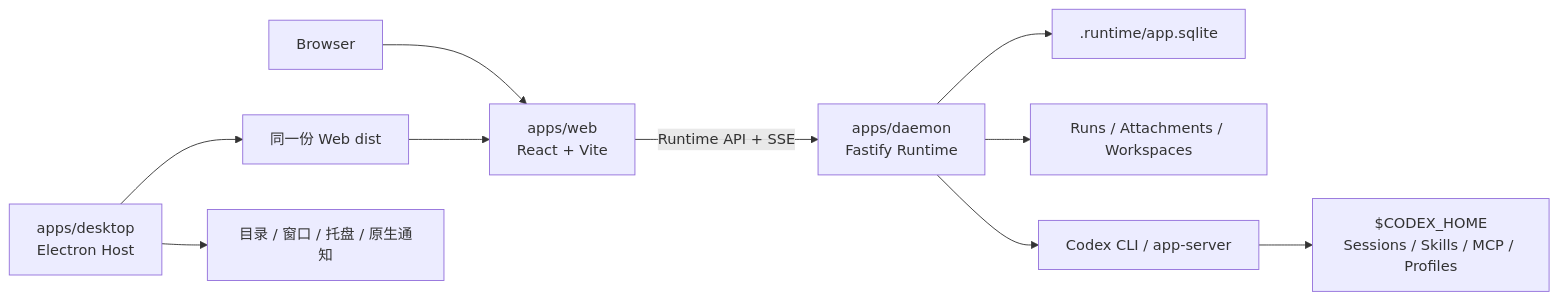
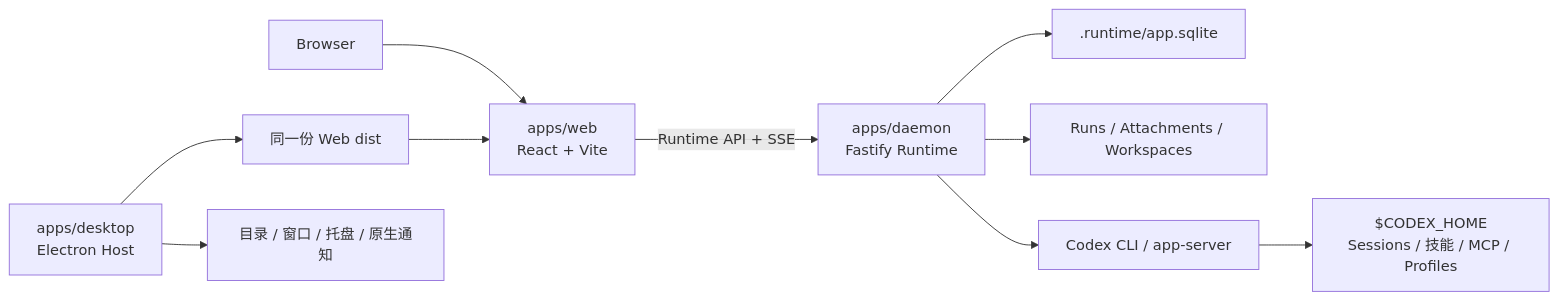
Before and after one commit to krillinai/OpenCreator: the diagram in docs/zh/README.md, drawn with Mermaid. The commit also changed other lines of this file and 32 other files, not shown here.

````diff
--- a/docs/zh/README.md
+++ b/docs/zh/README.md
@@ -230,12 +230,12 @@
 ```mermaid
 flowchart LR
     Browser["Browser"] --> Web["apps/web<br/>React + Vite"]
     Desktop["apps/desktop<br/>Electron Host"] --> WebBuild["同一份 Web dist"]
     WebBuild --> Web
     Desktop --> Native["目录 / 窗口 / 托盘 / 原生通知"]
     Web -->|"Runtime API + SSE"| Daemon["apps/daemon<br/>Fastify Runtime"]
     Daemon --> DB[".runtime/app.sqlite"]
     Daemon --> Files["Runs / Attachments / Workspaces"]
     Daemon --> Codex["Codex CLI / app-server"]
-    Codex --> CodexHome["$CODEX_HOME<br/>Sessions / Skills / MCP / Profiles"]
+    Codex --> CodexHome["$CODEX_HOME<br/>Sessions / 技能 / MCP / Profiles"]
 ```
````
